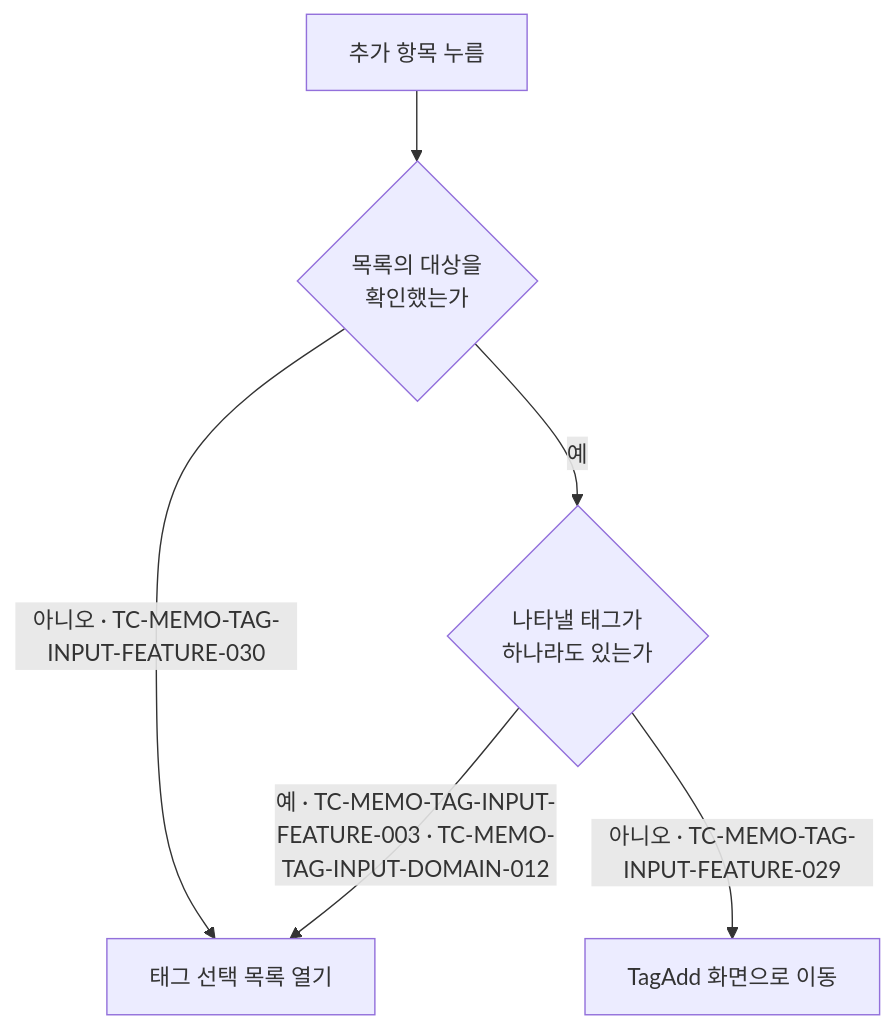
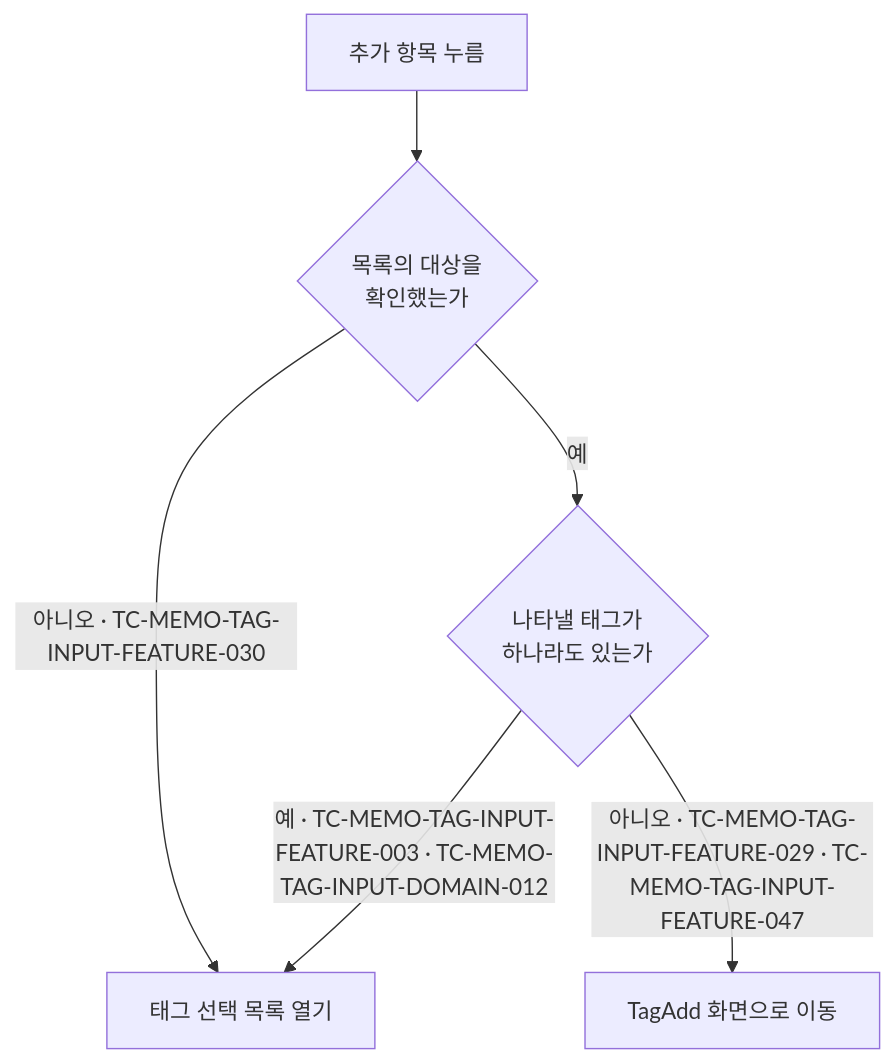
The diagram in docs/testcase/memo-tag-input.md (taetae98coding/DiaryKMP), drawn with Mermaid before and after one commit. The commit also changed other lines of this file and 154 other files, not shown here.

````diff
--- a/docs/testcase/memo-tag-input.md
+++ b/docs/testcase/memo-tag-input.md
@@ -37,8 +37,8 @@
 ```mermaid
 flowchart TD
     Click["추가 항목 누름"] --> Ready{"목록의 대상을<br/>확인했는가"}
     Ready -- "아니오 · TC-MEMO-TAG-INPUT-FEATURE-030" --> Open["태그 선택 목록 열기"]
     Ready -- 예 --> Any{"나타낼 태그가<br/>하나라도 있는가"}
     Any -- "예 · TC-MEMO-TAG-INPUT-FEATURE-003 · TC-MEMO-TAG-INPUT-DOMAIN-012" --> Open
-    Any -- "아니오 · TC-MEMO-TAG-INPUT-FEATURE-029" --> Move["TagAdd 화면으로 이동"]
+    Any -- "아니오 · TC-MEMO-TAG-INPUT-FEATURE-029 · TC-MEMO-TAG-INPUT-FEATURE-047" --> Move["TagAdd 화면으로 이동"]
 ```
````
